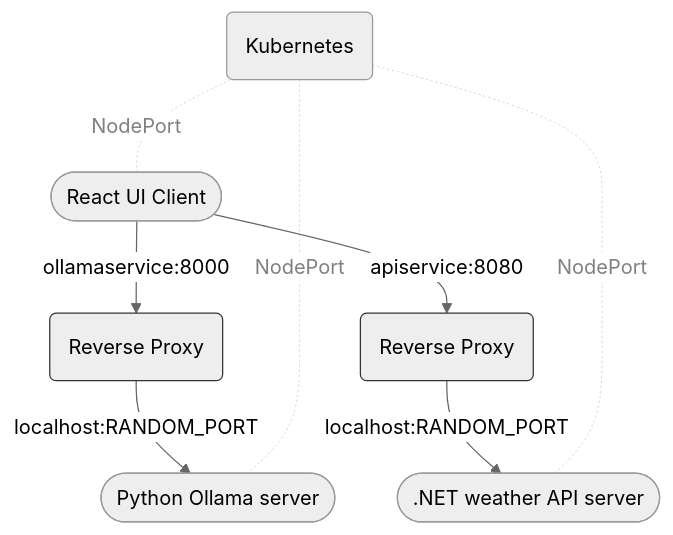
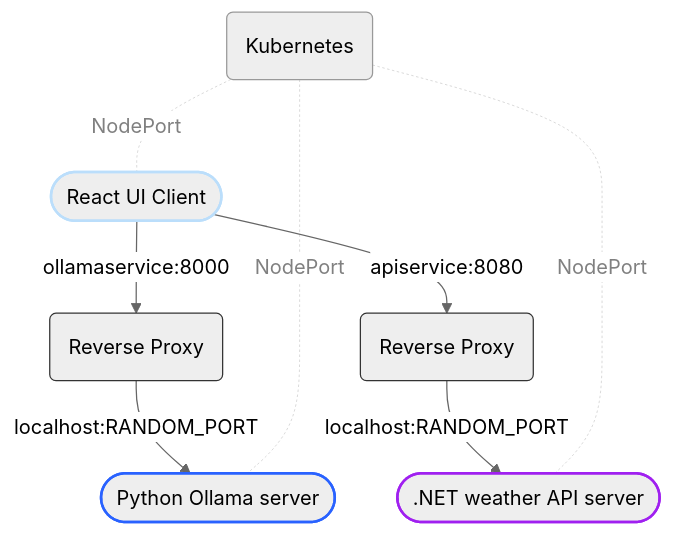
Before and after one commit to CynicDog/Aspiring-Ollama: the second of 2 diagrams in README.md, drawn with Mermaid (neutral theme). The commit also changed other lines of this file, not shown here.

````diff
--- a/README.md
+++ b/README.md
@@ -24,16 +33,25 @@
 ```mermaid
 flowchart TD
     
     A([React UI Client]) --> |ollamaservice:8000| B(Reverse Proxy)
     B --> |localhost:RANDOM_PORT| E([Python Ollama server])
     A --> |apiservice:8080| C(Reverse Proxy)
     C --> |localhost:RANDOM_PORT| D([.NET weather API server])
     F(Kubernetes) -. NodePort .- A 
     F -. NodePort .- D
     F -. NodePort .- E
 
     classDef container stroke:#333,stroke-width:1px;
     class B,C container;
 
+    classDef react stroke:#BBDEFB,stroke-width:2px;
+    class A react
+
+    classDef python stroke:#2962FF,stroke-width:2px;
+    class E python
+
+    classDef dotnet stroke:#A020F0,stroke-width:2px;
+    class D dotnet
+
     linkStyle 4,5,6 stroke-width:.2px,color:grey;
 ```
````
